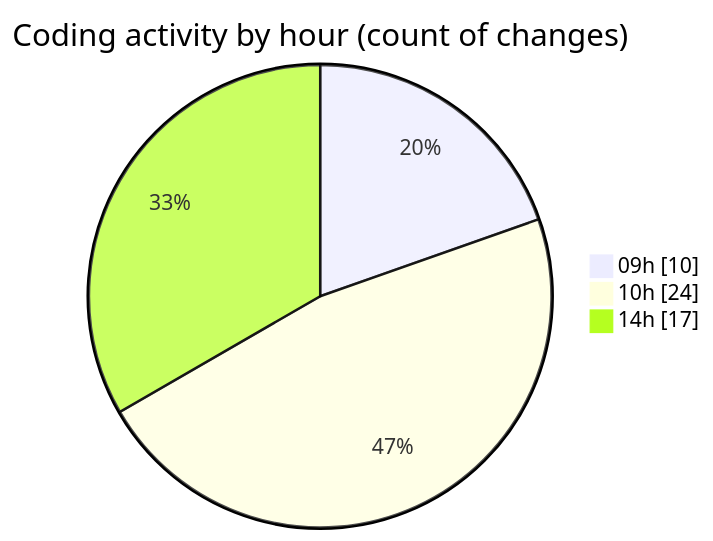
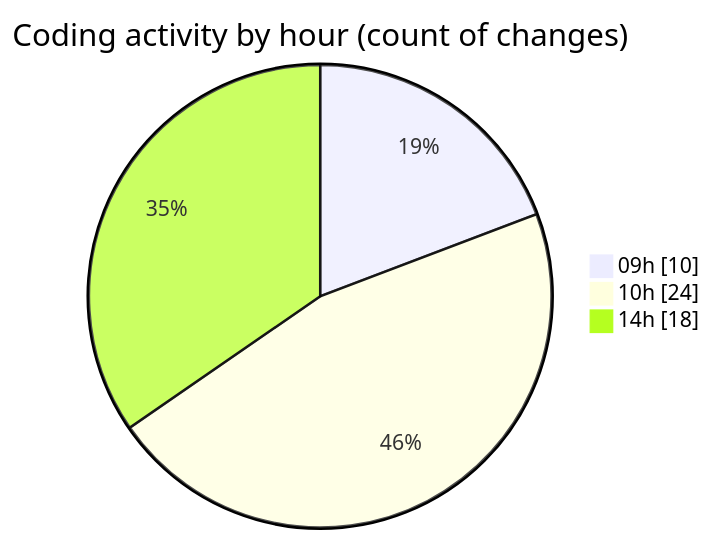
The second of 2 diagrams in 2026-07-21/cda/README.md (momahboobian/code-tracking), drawn with Mermaid before and after one commit. The commit also changed other lines of this file and 1 other file, not shown here.

````diff
--- a/2026-07-21/cda/README.md
+++ b/2026-07-21/cda/README.md
@@ -38,7 +40,7 @@
 ```mermaid
 pie showData
 title Coding activity by hour (count of changes)
 "09h" : 10
 "10h" : 24
-"14h" : 17
+"14h" : 18
 ```
````
